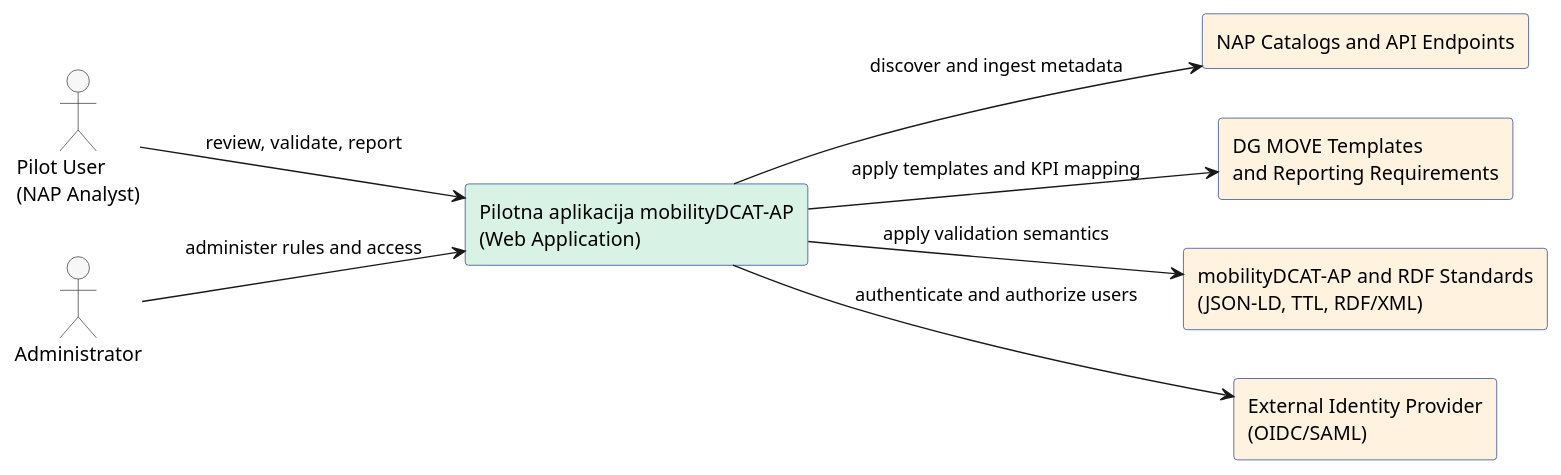
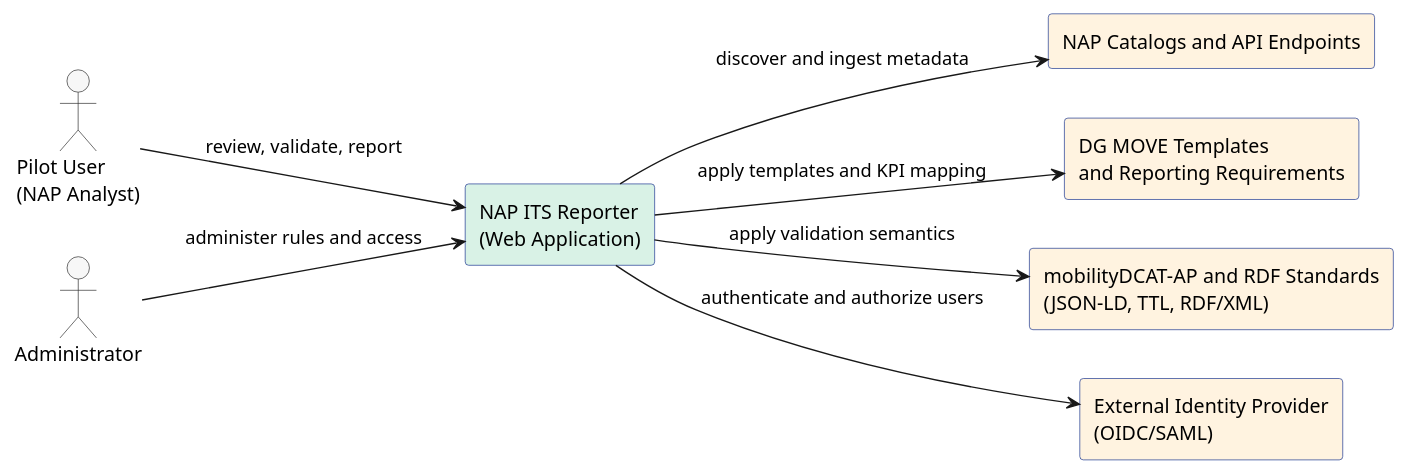
The diagram in Napcore-ITS-Reporting/docs/architecture/puml/system-context.puml (UM-KGPI/Napcore-ITS-Reporting), drawn with PlantUML before and after one commit. The commit also changed 5 other files, not shown here.

Commit message:
Rename app to NAP ITS Reporter and switch diagram labels to English

```diff
--- a/Napcore-ITS-Reporting/docs/architecture/puml/system-context.puml
+++ b/Napcore-ITS-Reporting/docs/architecture/puml/system-context.puml
@@ -1,34 +1,34 @@
 @startuml
 ' System Context (Level 1)
 skinparam shadowing false
 skinparam componentStyle rectangle
 skinparam packageStyle rectangle
 left to right direction
 
 skinparam rectangle {
   BackgroundColor #eef5ff
   BorderColor #1f3a93
 }
 skinparam actor {
   BackgroundColor #f7f7f7
   BorderColor #333333
 }
 
 actor "Pilot User\n(NAP Analyst)" as U1
 actor "Administrator" as U2
 
-rectangle "Pilotna aplikacija mobilityDCAT-AP\n(Web Application)" as APP #d9f2e6
+rectangle "NAP ITS Reporter\n(Web Application)" as APP #d9f2e6
 
 rectangle "NAP Catalogs and API Endpoints" as NAP #fff3e0
 rectangle "DG MOVE Templates\nand Reporting Requirements" as DGMOVE #fff3e0
 rectangle "mobilityDCAT-AP and RDF Standards\n(JSON-LD, TTL, RDF/XML)" as STD #fff3e0
 rectangle "External Identity Provider\n(OIDC/SAML)" as IDP #fff3e0
 
 U1 --> APP : review, validate, report
 U2 --> APP : administer rules and access
 
 APP --> NAP : discover and ingest metadata
 APP --> DGMOVE : apply templates and KPI mapping
 APP --> STD : apply validation semantics
 APP --> IDP : authenticate and authorize users
 @enduml
```
